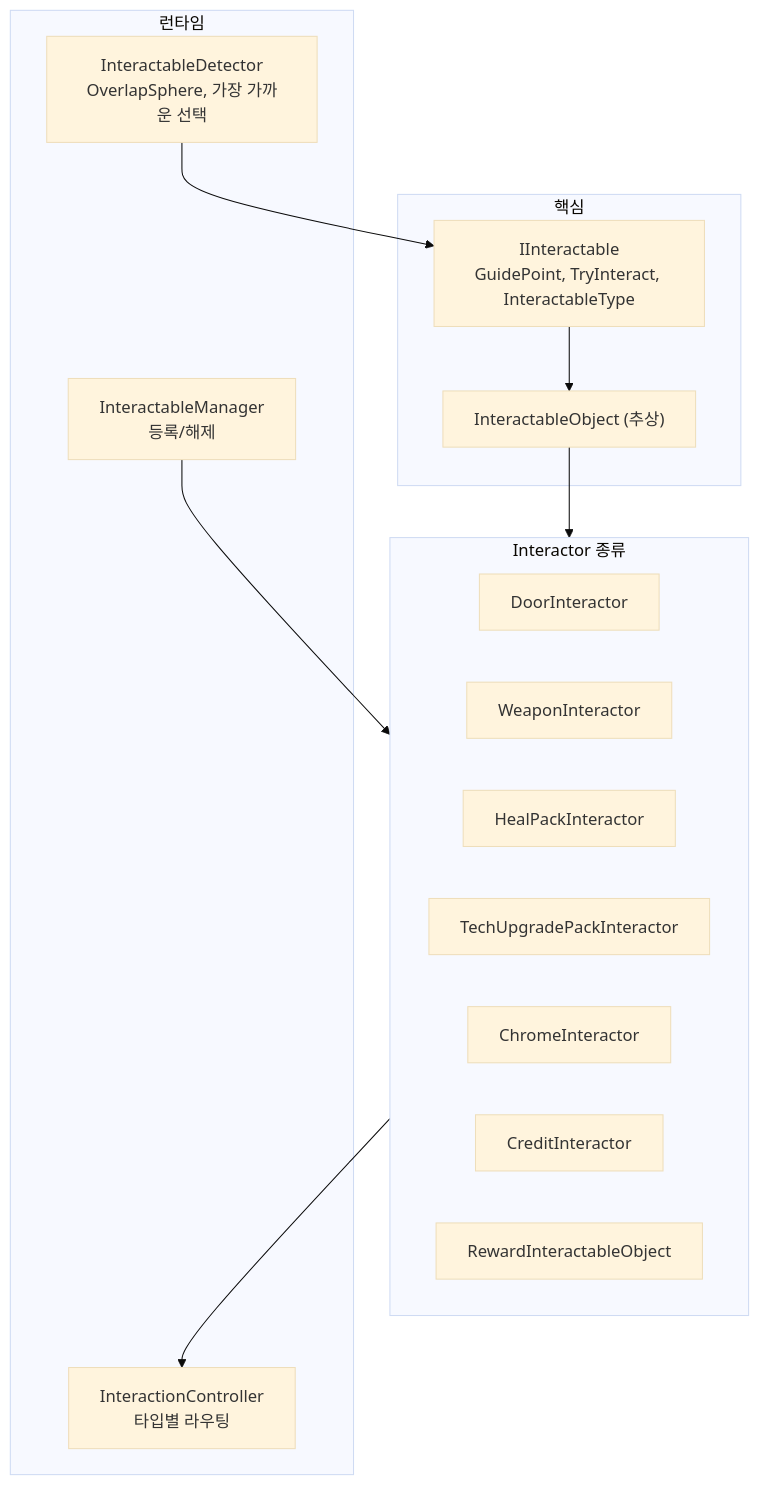
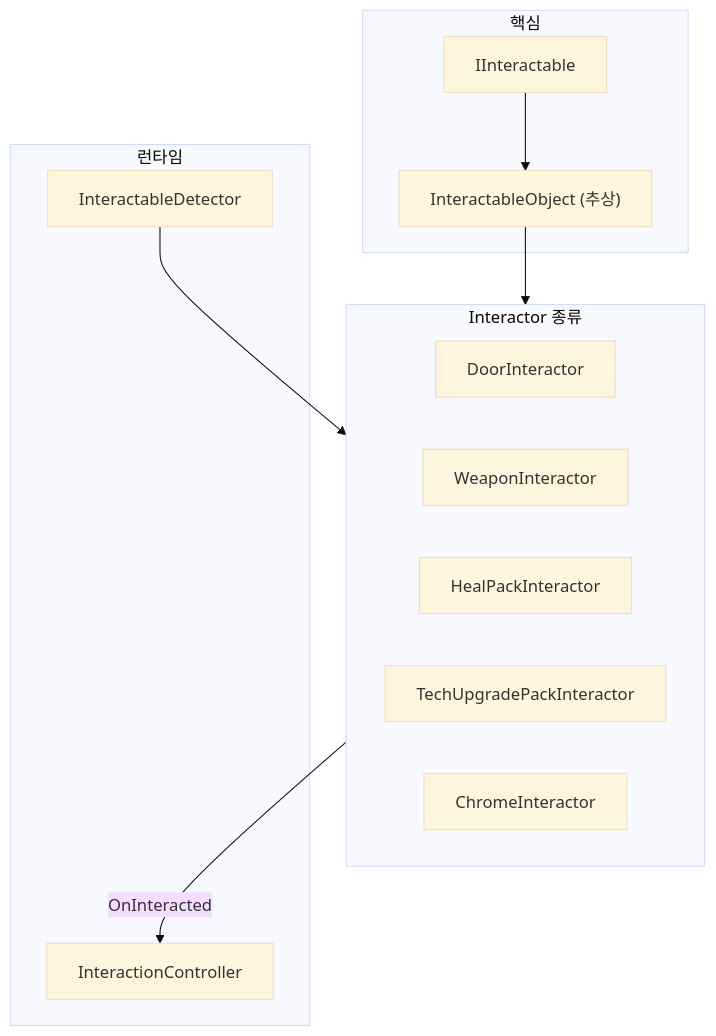
Before and after one commit to TeamNemesis/ProjectNemesis: the third of 5 diagrams in README.md, drawn with Mermaid (base theme). The commit also changed other lines of this file, not shown here.

````diff
--- a/README.md
+++ b/README.md
@@ -241,29 +151,25 @@
 ```mermaid
 flowchart TB
     subgraph Core["핵심"]
-        IInteractable["IInteractable<br/>GuidePoint, TryInteract, InteractableType"]
+        IInteractable["IInteractable"]
         InteractableObject["InteractableObject (추상)"]
     end
 
     subgraph InteractorTypes["Interactor 종류"]
         Door["DoorInteractor"]
         Weapon["WeaponInteractor"]
         HealPack["HealPackInteractor"]
-        TechUpgrade["TechUpgradePackInteractor"]
+        Tech["TechUpgradePackInteractor"]
         Chrome["ChromeInteractor"]
-        Credit["CreditInteractor"]
-        Reward["RewardInteractableObject"]
     end
 
     subgraph Runtime["런타임"]
-        Detector["InteractableDetector<br/>OverlapSphere, 가장 가까운 선택"]
-        Controller["InteractionController<br/>타입별 라우팅"]
-        Manager["InteractableManager<br/>등록/해제"]
+        Detector["InteractableDetector"]
+        Controller["InteractionController"]
     end
 
     IInteractable --> InteractableObject
     InteractableObject --> InteractorTypes
-    Detector --> IInteractable
-    InteractorTypes --> Controller
-    Manager --> InteractorTypes
+    Detector --> InteractorTypes
+    InteractorTypes -->|"OnInteracted"| Controller
 ```
````
